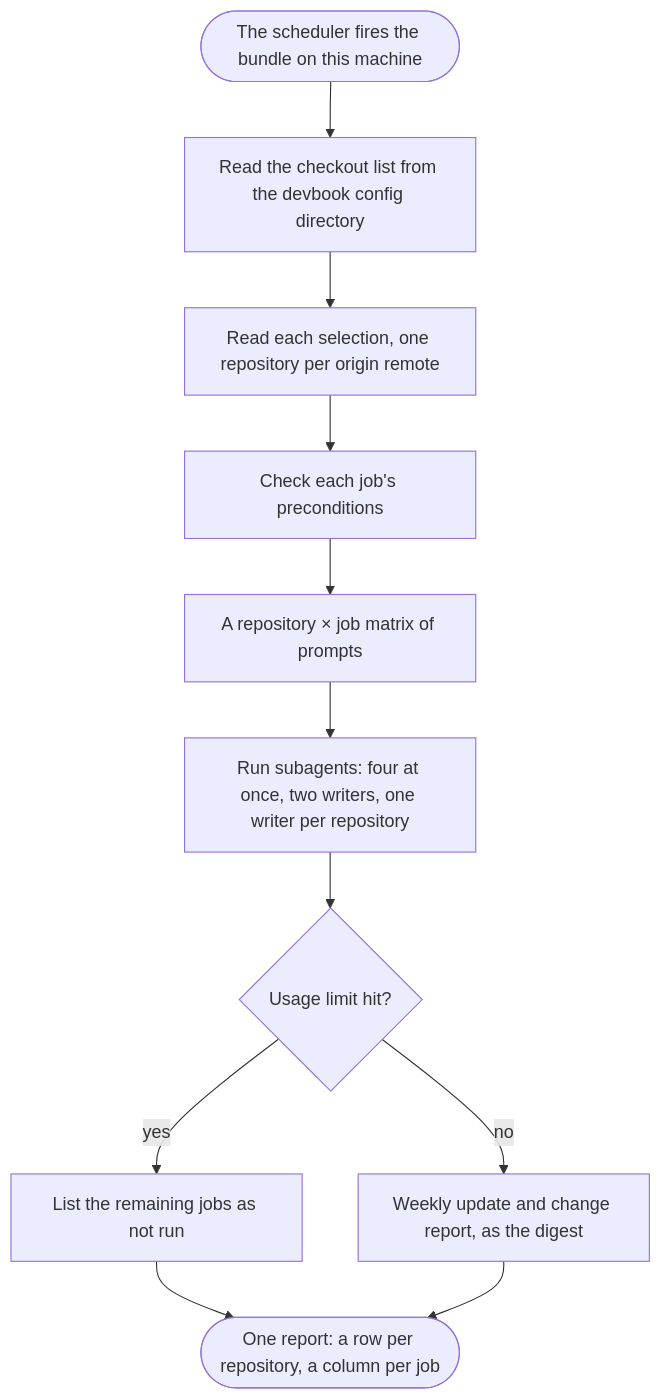
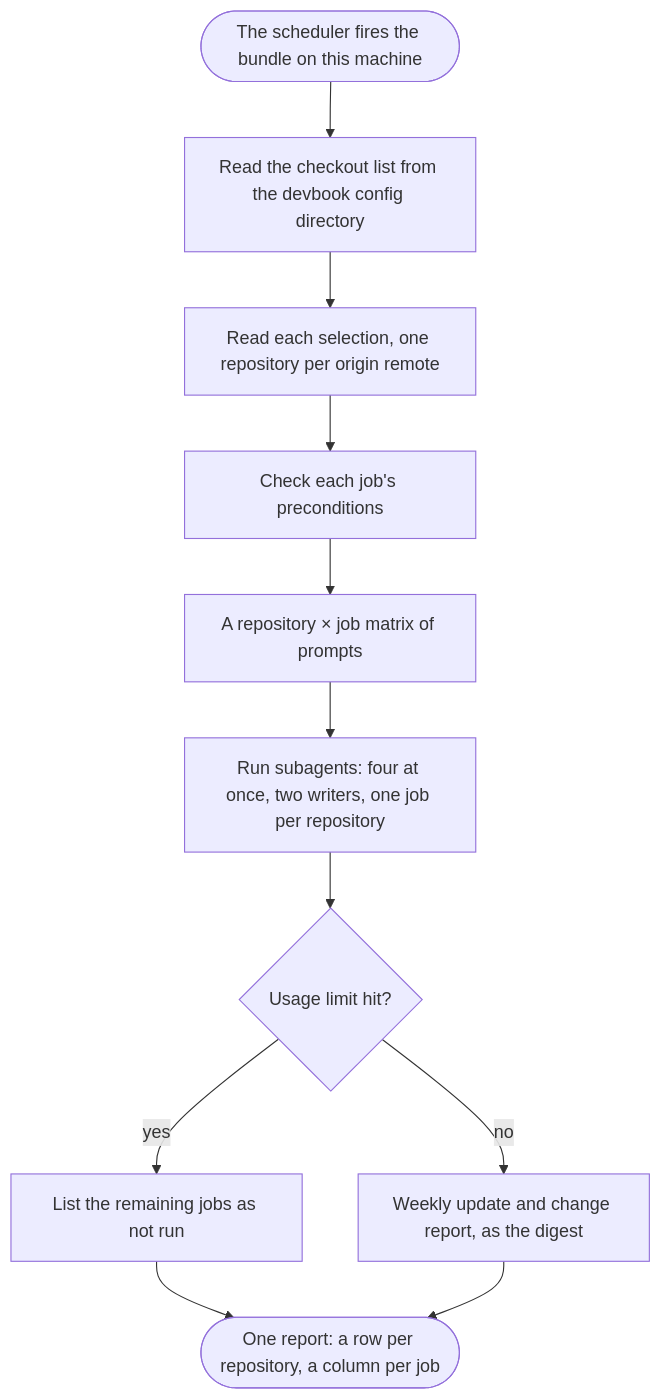
One commit to JSdotNet/devbook changed the fourth of 4 diagrams in .devbook/arc42/building-blocks/delivery-schedule.md. Above: the diagram before and after it, drawn with Mermaid. The commit also changed other lines of this file and 1 other file, not shown here.

Commit message:
docs(arc42): no two bundle jobs share a repository
Readers fetch and add a worktree as writers do, so the plugin boundaries
decision and the bundle chapter now say one job per repository; a dated
History row records why.

````diff
--- a/.devbook/arc42/building-blocks/delivery-schedule.md
+++ b/.devbook/arc42/building-blocks/delivery-schedule.md
@@ -476,13 +476,13 @@
 ```mermaid
 flowchart TD
     fire(["The scheduler fires the bundle on this machine"]) --> list["Read the checkout list from the devbook config directory"]
     list --> dedupe["Read each selection, one repository per origin remote"]
     dedupe --> pre["Check each job's preconditions"]
     pre --> matrix["A repository × job matrix of prompts"]
-    matrix --> run["Run subagents: four at once, two writers, one writer per repository"]
+    matrix --> run["Run subagents: four at once, two writers, one job per repository"]
     run --> limit{"Usage limit hit?"}
     limit -->|yes| notrun["List the remaining jobs as not run"]
     limit -->|no| digest["Weekly update and change report, as the digest"]
     notrun --> report
     digest --> report(["One report: a row per repository, a column per job"])
 ```
````
